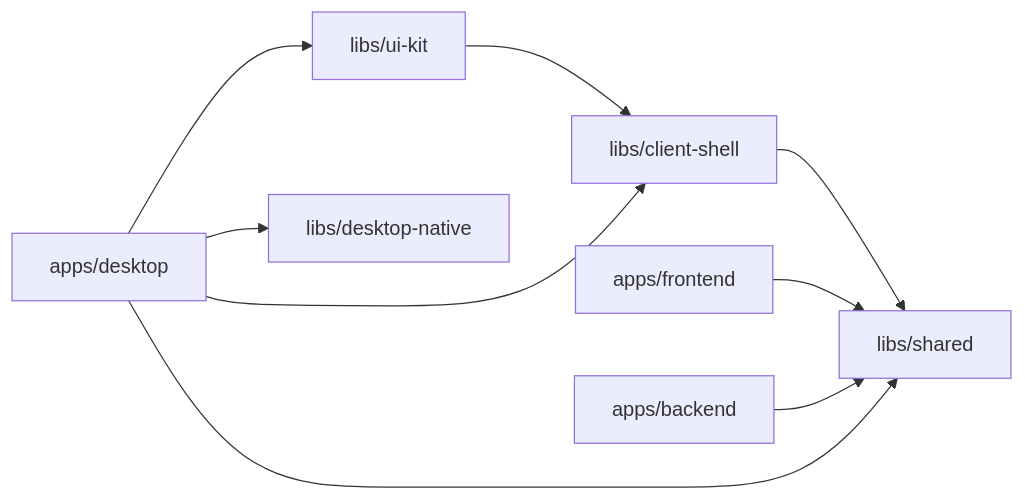
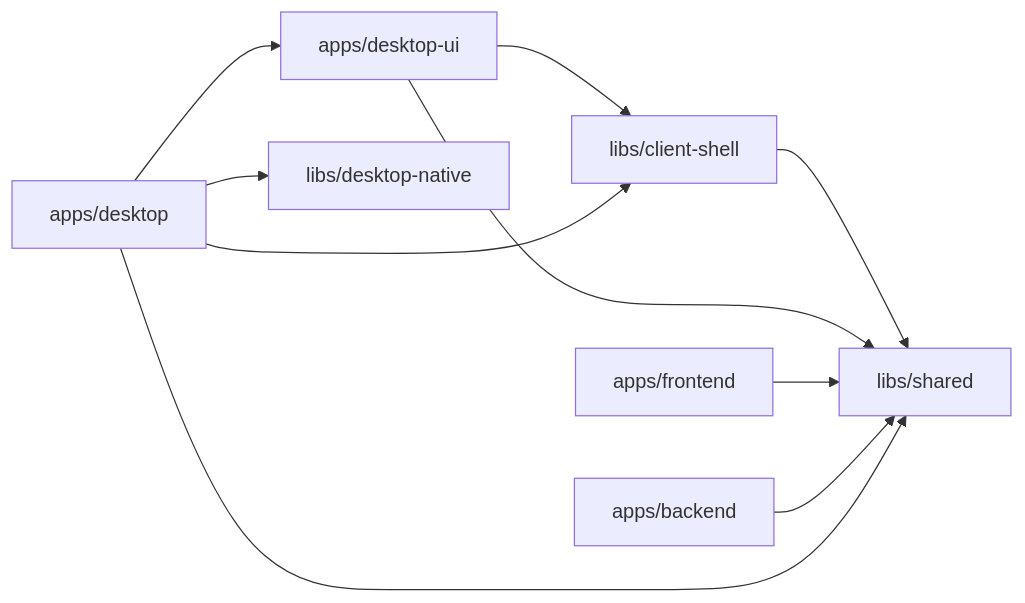
The diagram in docs/CONTRIBUTING.md (Quenary/konvoez), drawn with Mermaid before and after one commit. The commit also changed other lines of this file and 142 other files, not shown here.

````diff
--- a/docs/CONTRIBUTING.md
+++ b/docs/CONTRIBUTING.md
@@ -23,19 +23,20 @@
 ```mermaid
 flowchart LR
   shared[libs/shared]
   shell[libs/client-shell]
-  kit[libs/ui-kit]
+  ui[apps/desktop-ui]
   native[libs/desktop-native]
   frontend[apps/frontend]
   backend[apps/backend]
   desktop[apps/desktop]
 
   shell --> shared
-  kit --> shell
+  ui --> shared
+  ui --> shell
   frontend --> shared
   backend --> shared
   desktop --> shared
   desktop --> shell
-  desktop --> kit
+  desktop --> ui
   desktop --> native
 ```
````
